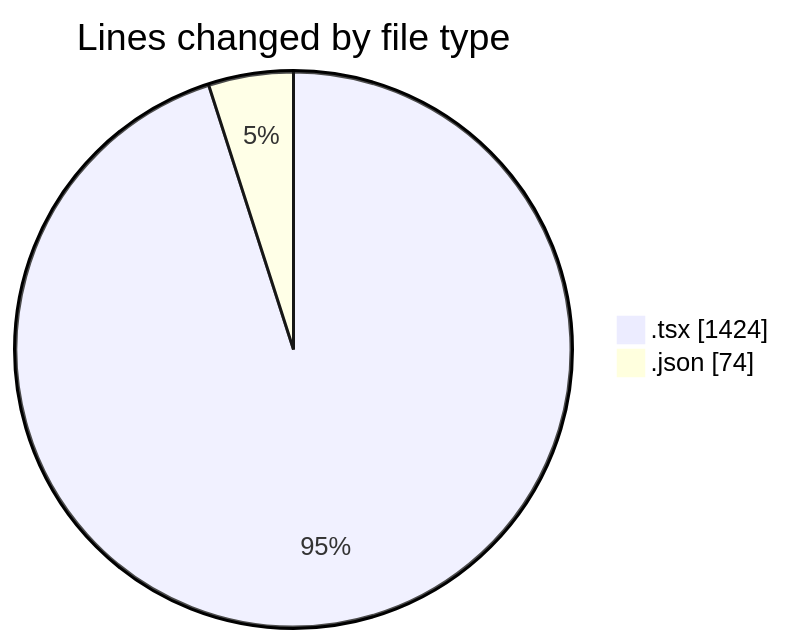
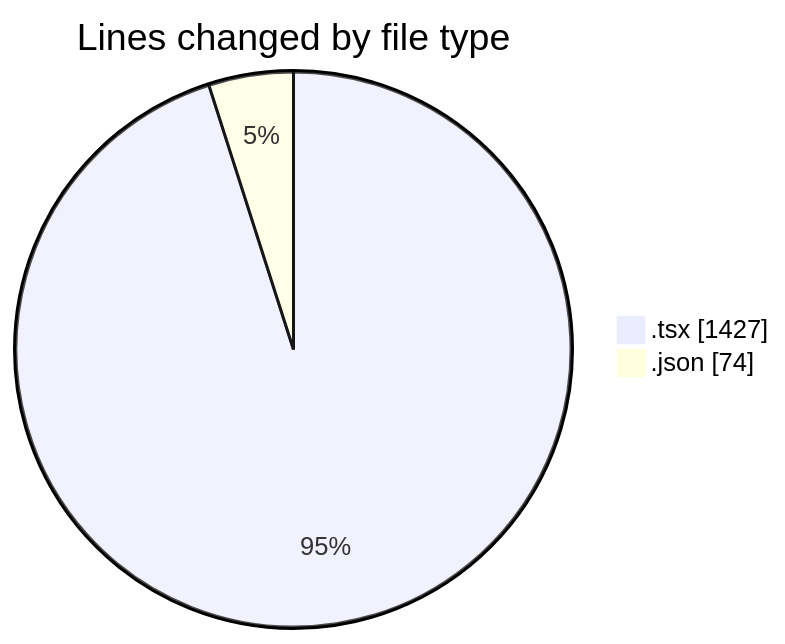
The first of 2 diagrams in 2025-04-08/cda/README.md (momahboobian/code-tracking), drawn with Mermaid before and after one commit. The commit also changed other lines of this file and 1 other file, not shown here.

````diff
--- a/2025-04-08/cda/README.md
+++ b/2025-04-08/cda/README.md
@@ -22,6 +22,6 @@
 ```mermaid
 pie showData
 title Lines changed by file type
-".tsx" : 1424
+".tsx" : 1427
 ".json" : 74
 ```
````
